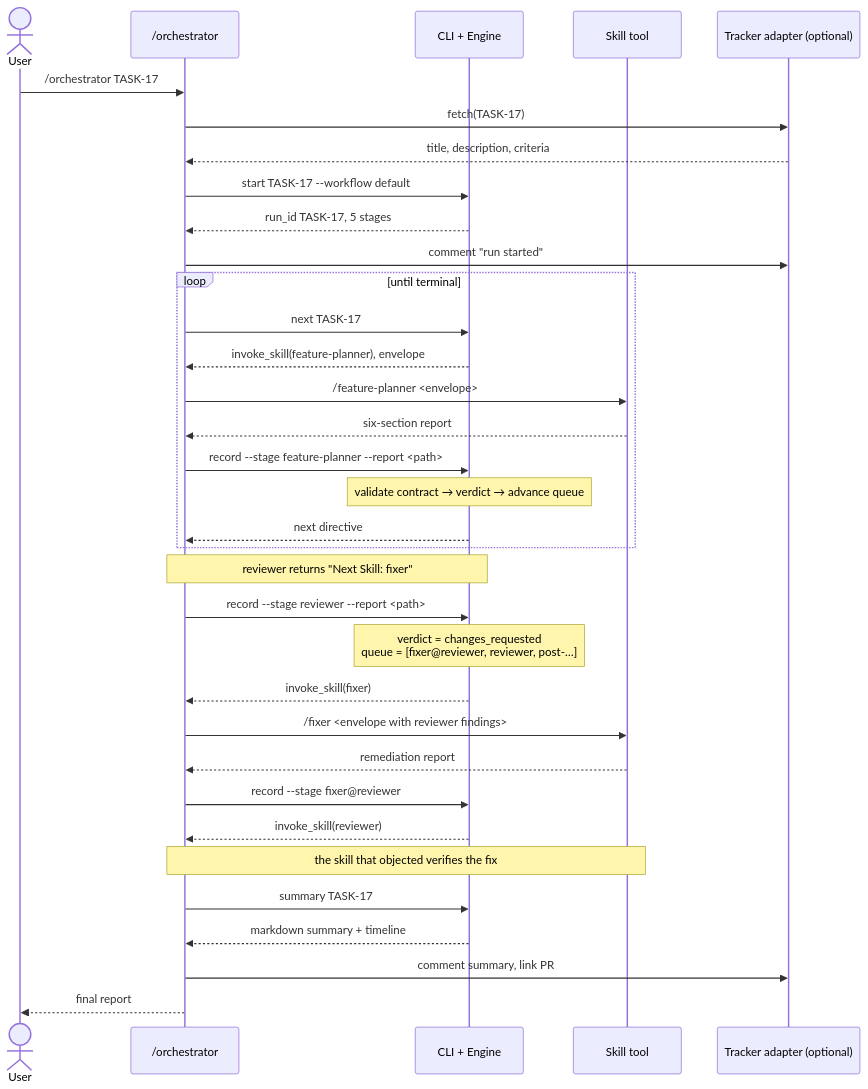
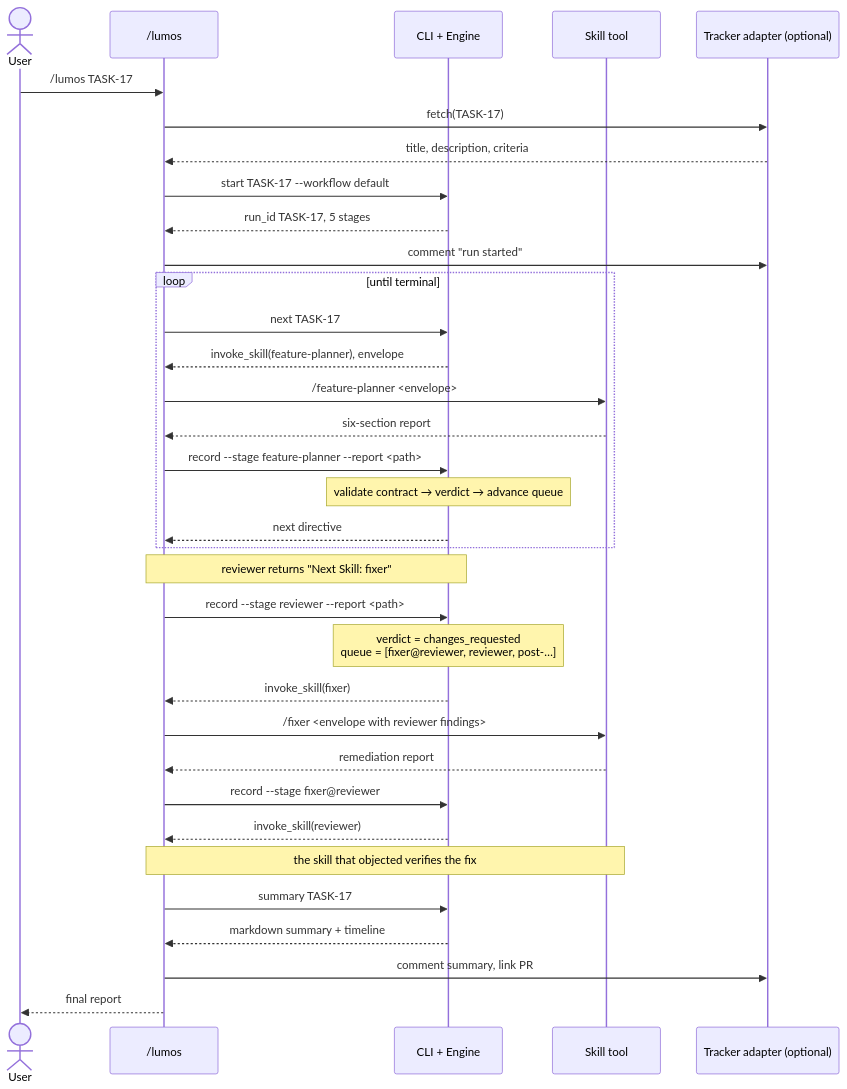
The fourth of 4 diagrams in docs/architecture.md (sajadshafi/lumos), drawn with Mermaid before and after one commit. The commit also changed other lines of this file and 53 other files, not shown here.

````diff
--- a/docs/architecture.md
+++ b/docs/architecture.md
@@ -173,41 +173,41 @@
 ```mermaid
 sequenceDiagram
     actor U as User
-    participant O as /orchestrator
+    participant O as /lumos
     participant C as CLI + Engine
     participant S as Skill tool
     participant A as Tracker adapter (optional)
 
-    U->>O: /orchestrator TASK-17
+    U->>O: /lumos TASK-17
     O->>A: fetch(TASK-17)
     A-->>O: title, description, criteria
     O->>C: start TASK-17 --workflow default
     C-->>O: run_id TASK-17, 5 stages
     O->>A: comment "run started"
 
     loop until terminal
         O->>C: next TASK-17
         C-->>O: invoke_skill(feature-planner), envelope
         O->>S: /feature-planner <envelope>
         S-->>O: six-section report
         O->>C: record --stage feature-planner --report <path>
         Note over C: validate contract → verdict → advance queue
         C-->>O: next directive
     end
 
     Note over O,C: reviewer returns "Next Skill: fixer"
 
     O->>C: record --stage reviewer --report <path>
     Note over C: verdict = changes_requested<br/>queue = [fixer@reviewer, reviewer, post-…]
     C-->>O: invoke_skill(fixer)
     O->>S: /fixer <envelope with reviewer findings>
     S-->>O: remediation report
     O->>C: record --stage fixer@reviewer
     C-->>O: invoke_skill(reviewer)
     Note over O,S: the skill that objected verifies the fix
 
     O->>C: summary TASK-17
     C-->>O: markdown summary + timeline
     O->>A: comment summary, link PR
     O-->>U: final report
 ```
````
